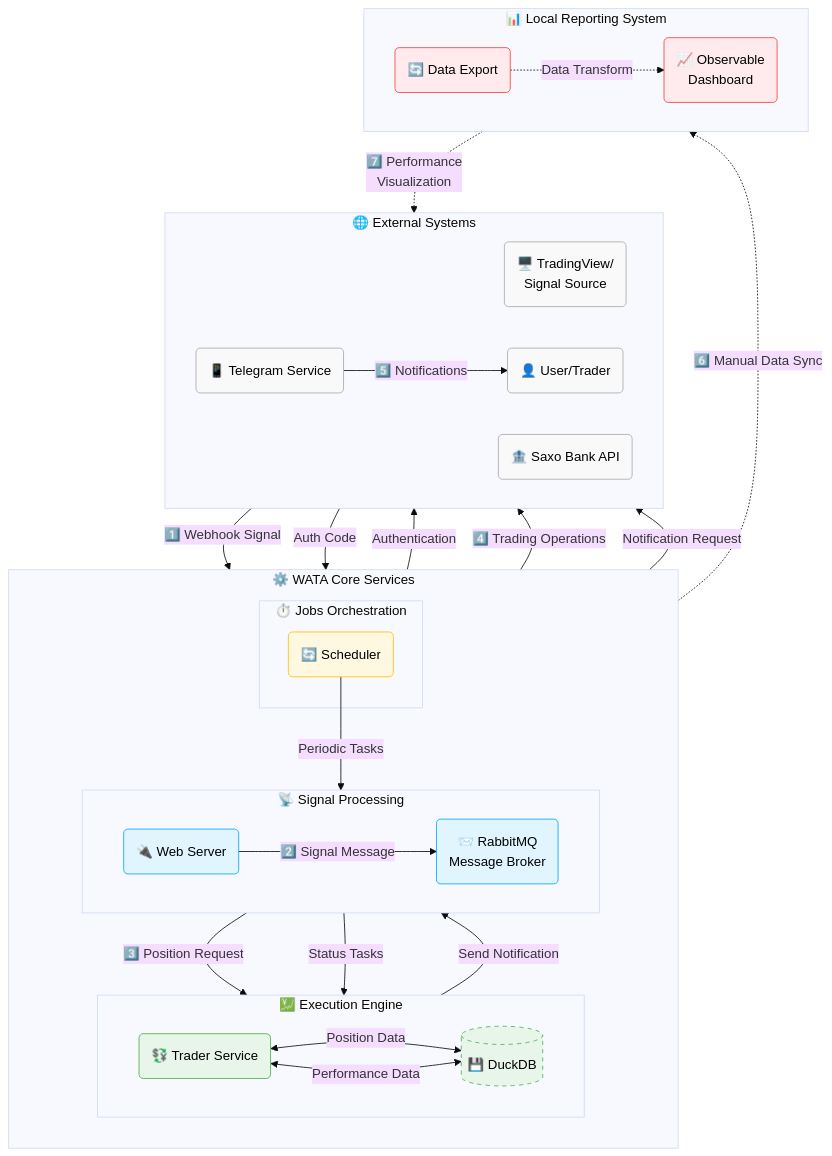
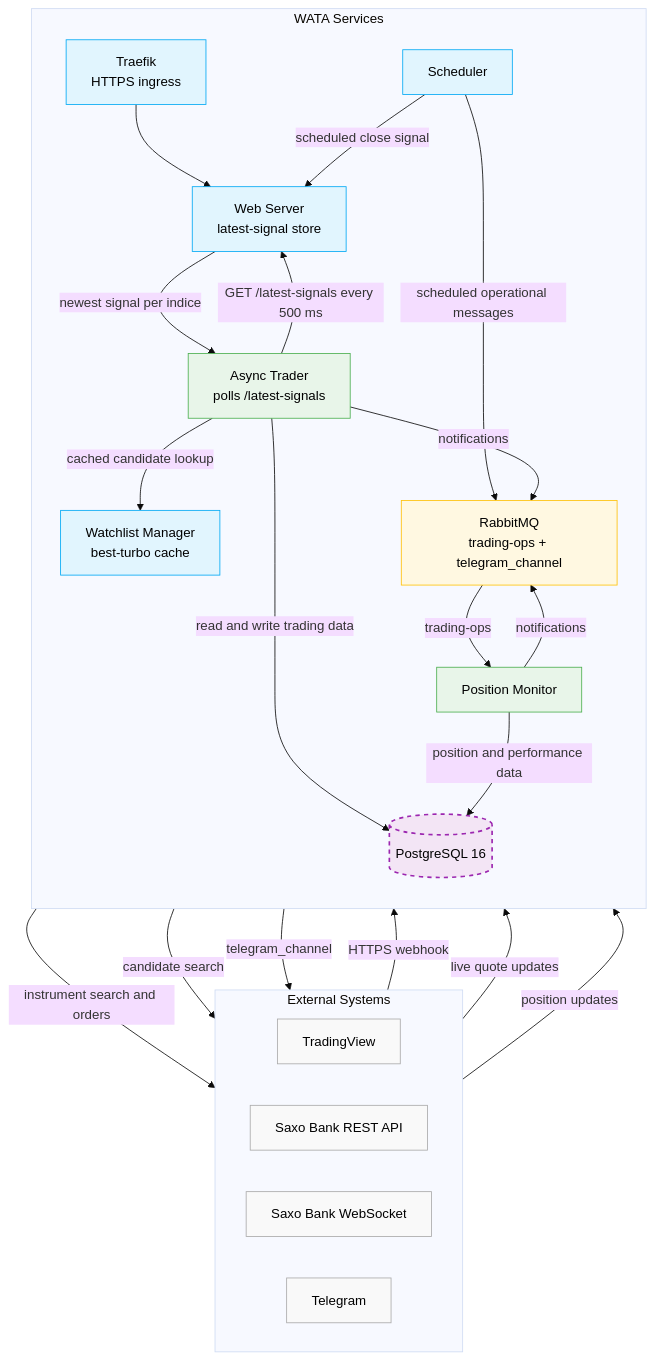
One commit to IOITI/WATA changed the diagram in README.md. Above: the diagram before and after it, drawn with Mermaid (base theme). The commit also changed other lines of this file, not shown here.

Commit message:
feat: Update README.md to reflect architectural changes, including new components and PostgreSQL integration, and enhance documentation on trading workflow and security features

````diff
--- a/README.md
+++ b/README.md
@@ -74,72 +79,50 @@
 ```mermaid
 flowchart TD
-    %% Styling
     classDef external fill:#f9f9f9,stroke:#aaa,stroke-width:1px,color:#000
-    classDef processing fill:#e1f5fe,stroke:#03a9f4,stroke-width:1px,color:#000
+    classDef service fill:#e1f5fe,stroke:#03a9f4,stroke-width:1px,color:#000
     classDef execution fill:#e8f5e9,stroke:#4caf50,stroke-width:1px,color:#000
-    classDef jobs fill:#fff8e1,stroke:#ffc107,stroke-width:1px,color:#000
-    classDef database fill:#f3e5f5,stroke:#9c27b0,stroke-width:2px,stroke-dasharray: 5 5,color:#000
-    classDef reporting fill:#ffebee,stroke:#f44336,stroke-width:1px,color:#000
-    
-    %% External Systems
-    subgraph ExtSys["🌐 External Systems"]
+    classDef queue fill:#fff8e1,stroke:#ffc107,stroke-width:1px,color:#000
+    classDef database fill:#f3e5f5,stroke:#9c27b0,stroke-width:2px,stroke-dasharray:5 5,color:#000
+
+    subgraph ExtSys["External Systems"]
         direction LR
-        TV("🖥️ TradingView/<br>Signal Source")
-        SB("🏦 Saxo Bank API")
-        User("👤 User/Trader")
-        TG("📱 Telegram Service")
+        TV["TradingView"]
+        SaxoREST["Saxo Bank REST API"]
+        SaxoWS["Saxo Bank WebSocket"]
+        TG["Telegram"]
     end
-    
-    %% WATA Core Services
-    subgraph CoreSys["⚙️ WATA Core Services"]
+
+    subgraph CoreSys["WATA Services"]
         direction TB
-        
-        subgraph SigProc["📡 Signal Processing"]
-            direction LR
-            WS("🔌 Web Server")
-            RMQ("📨 RabbitMQ<br>Message Broker")
-        end
-        
-        subgraph ExecEng["💹 Execution Engine"]
-            direction LR
-            TR("💱 Trader Service")
-            DB[("💾 DuckDB")]:::database
-        end
-        
-        subgraph JobSvc["⏱️ Jobs Orchestration"]
-            SC("🔄 Scheduler")
-        end
+
+        Proxy["Traefik<br>HTTPS ingress"]:::service
+        WS["Web Server<br>latest-signal store"]:::service
+        TR["Async Trader<br>polls /latest-signals"]:::execution
+        WM["Watchlist Manager<br>best-turbo cache"]:::service
+        PM["Position Monitor"]:::execution
+        SC["Scheduler"]:::service
+        RMQ["RabbitMQ<br>trading-ops + telegram_channel"]:::queue
+        DB[("PostgreSQL 16")]:::database
     end
-    
-    %% Reporting System
-    subgraph RepSys["📊 Local Reporting System"]
-        direction LR
-        EX("🔄 Data Export")
-        OD("📈 Observable<br>Dashboard")
-    end
-    
-    %% Connections with styled arrows
-    TV -- "1️⃣ Webhook Signal" --> WS
-    WS -- "2️⃣ Signal Message" --> RMQ
-    RMQ -- "3️⃣ Position Request" --> TR
-    TR -- "Authentication" --> SB
-    User -- "Auth Code" --> TR
-    TR -- "4️⃣ Trading Operations" --> SB
-    TR -- "Send Notification" --> RMQ
-    RMQ -- "Notification Request" --> TG
-    TG -- "5️⃣ Notifications" --> User
-    TR <-- "Position Data" --> DB
-    SC -- "Periodic Tasks" --> RMQ
-    RMQ -- "Status Tasks" --> TR
-    TR <-- "Performance Data" --> DB
-    DB -. "6️⃣ Manual Data Sync" .-> EX
-    EX -. "Data Transform" .-> OD
-    OD -. "7️⃣ Performance<br>Visualization" .-> User
-    
-    %% Apply styles
-    class TV,SB,User,TG external
-    class WS,RMQ processing
-    class TR,DB execution
-    class SC jobs
-    class EX,OD reporting
+
+    TV -->|HTTPS webhook| Proxy --> WS
+    TR -->|GET /latest-signals every 500 ms| WS
+    WS -->|newest signal per indice| TR
+    TR -->|instrument search and orders| SaxoREST
+    TR -->|read and write trading data| DB
+    TR -->|cached candidate lookup| WM
+    WM -->|candidate search| SaxoREST
+    SaxoWS -->|live quote updates| WM
+    SaxoWS -->|position updates| PM
+    PM -->|position and performance data| DB
+    SC -->|scheduled operational messages| RMQ
+    RMQ -->|trading-ops| PM
+    SC -->|scheduled close signal| WS
+    TR -->|notifications| RMQ
+    PM -->|notifications| RMQ
+    RMQ -->|telegram_channel| TG
+
+    class TV,SaxoREST,SaxoWS,TG external
+    class Proxy,WS,WM,SC service
+    class TR,PM execution
 ```
````
